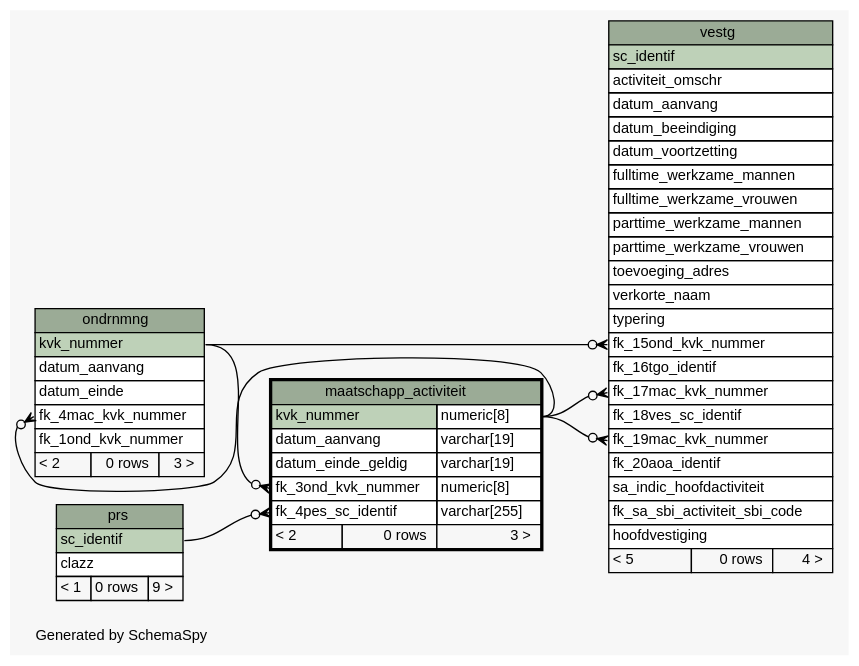
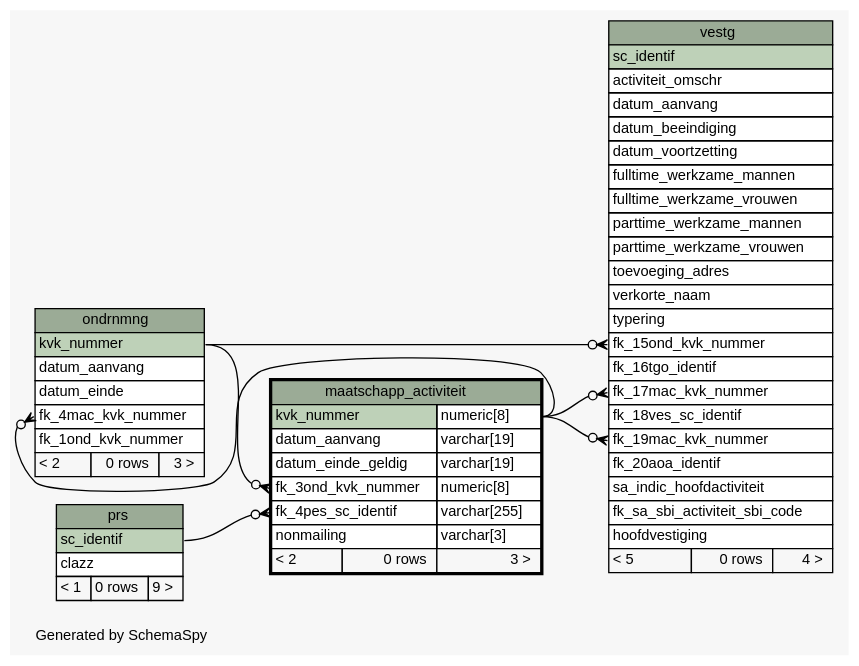
The diagram in datamodel/schemaspy/diagrams/maatschapp_activiteit.1degree.dot (B3Partners/brmo), drawn with Graphviz before and after one commit. The commit also changed 13706 other files, not shown here.

```diff
--- a/datamodel/schemaspy/diagrams/maatschapp_activiteit.1degree.dot
+++ b/datamodel/schemaspy/diagrams/maatschapp_activiteit.1degree.dot
@@ -1,97 +1,98 @@
-// dot 2.43.0 on Linux 5.8.0-44-generic
+// dot 2.43.0 on Linux 5.11.0-27-generic
 // SchemaSpy rev Unknown
 digraph "oneDegreeRelationshipsDiagram" {
   graph [
     rankdir="RL"
     bgcolor="#f7f7f7"
     label="\nGenerated by SchemaSpy"
     labeljust="l"
     nodesep="0.18"
     ranksep="0.46"
     fontname="Helvetica"
     fontsize="11"
   ];
   node [
     fontname="Helvetica"
     fontsize="11"
     shape="plaintext"
   ];
   edge [
     arrowsize="0.8"
   ];
   "maatschapp_activiteit":"fk_3ond_kvk_nummer":w -> "ondrnmng":"kvk_nummer":e [arrowhead=none dir=back arrowtail=crowodot];
   "maatschapp_activiteit":"fk_4pes_sc_identif":w -> "prs":"sc_identif":e [arrowhead=none dir=back arrowtail=crowodot];
   "ondrnmng":"fk_4mac_kvk_nummer":w -> "maatschapp_activiteit":"kvk_nummer.type":e [arrowhead=none dir=back arrowtail=crowodot];
   "vestg":"fk_15ond_kvk_nummer":w -> "ondrnmng":"kvk_nummer":e [arrowhead=none dir=back arrowtail=crowodot];
   "vestg":"fk_17mac_kvk_nummer":w -> "maatschapp_activiteit":"kvk_nummer.type":e [arrowhead=none dir=back arrowtail=crowodot];
   "vestg":"fk_19mac_kvk_nummer":w -> "maatschapp_activiteit":"kvk_nummer.type":e [arrowhead=none dir=back arrowtail=crowodot];
   "maatschapp_activiteit" [
     label=<
     <TABLE BORDER="2" CELLBORDER="1" CELLSPACING="0" BGCOLOR="#ffffff">
       <TR><TD COLSPAN="3" BGCOLOR="#9bab96" ALIGN="CENTER">maatschapp_activiteit</TD></TR>
       <TR><TD PORT="kvk_nummer" COLSPAN="2" BGCOLOR="#bed1b8" ALIGN="LEFT">kvk_nummer</TD><TD PORT="kvk_nummer.type" ALIGN="LEFT">numeric[8]</TD></TR>
       <TR><TD PORT="datum_aanvang" COLSPAN="2" ALIGN="LEFT">datum_aanvang</TD><TD PORT="datum_aanvang.type" ALIGN="LEFT">varchar[19]</TD></TR>
       <TR><TD PORT="datum_einde_geldig" COLSPAN="2" ALIGN="LEFT">datum_einde_geldig</TD><TD PORT="datum_einde_geldig.type" ALIGN="LEFT">varchar[19]</TD></TR>
       <TR><TD PORT="fk_3ond_kvk_nummer" COLSPAN="2" ALIGN="LEFT">fk_3ond_kvk_nummer</TD><TD PORT="fk_3ond_kvk_nummer.type" ALIGN="LEFT">numeric[8]</TD></TR>
       <TR><TD PORT="fk_4pes_sc_identif" COLSPAN="2" ALIGN="LEFT">fk_4pes_sc_identif</TD><TD PORT="fk_4pes_sc_identif.type" ALIGN="LEFT">varchar[255]</TD></TR>
+      <TR><TD PORT="nonmailing" COLSPAN="2" ALIGN="LEFT">nonmailing</TD><TD PORT="nonmailing.type" ALIGN="LEFT">varchar[3]</TD></TR>
       <TR><TD ALIGN="LEFT" BGCOLOR="#f7f7f7">&lt; 2</TD><TD ALIGN="RIGHT" BGCOLOR="#f7f7f7">0 rows</TD><TD ALIGN="RIGHT" BGCOLOR="#f7f7f7">3 &gt;</TD></TR>
     </TABLE>>
     URL="maatschapp_activiteit.html"
     tooltip="maatschapp_activiteit"
   ];
   "ondrnmng" [
     label=<
     <TABLE BORDER="0" CELLBORDER="1" CELLSPACING="0" BGCOLOR="#ffffff">
       <TR><TD COLSPAN="3" BGCOLOR="#9bab96" ALIGN="CENTER">ondrnmng</TD></TR>
       <TR><TD PORT="kvk_nummer" COLSPAN="3" BGCOLOR="#bed1b8" ALIGN="LEFT">kvk_nummer</TD></TR>
       <TR><TD PORT="datum_aanvang" COLSPAN="3" ALIGN="LEFT">datum_aanvang</TD></TR>
       <TR><TD PORT="datum_einde" COLSPAN="3" ALIGN="LEFT">datum_einde</TD></TR>
       <TR><TD PORT="fk_4mac_kvk_nummer" COLSPAN="3" ALIGN="LEFT">fk_4mac_kvk_nummer</TD></TR>
       <TR><TD PORT="fk_1ond_kvk_nummer" COLSPAN="3" ALIGN="LEFT">fk_1ond_kvk_nummer</TD></TR>
       <TR><TD ALIGN="LEFT" BGCOLOR="#f7f7f7">&lt; 2</TD><TD ALIGN="RIGHT" BGCOLOR="#f7f7f7">0 rows</TD><TD ALIGN="RIGHT" BGCOLOR="#f7f7f7">3 &gt;</TD></TR>
     </TABLE>>
     URL="ondrnmng.html"
     tooltip="ondrnmng"
   ];
   "prs" [
     label=<
     <TABLE BORDER="0" CELLBORDER="1" CELLSPACING="0" BGCOLOR="#ffffff">
       <TR><TD COLSPAN="3" BGCOLOR="#9bab96" ALIGN="CENTER">prs</TD></TR>
       <TR><TD PORT="sc_identif" COLSPAN="3" BGCOLOR="#bed1b8" ALIGN="LEFT">sc_identif</TD></TR>
       <TR><TD PORT="clazz" COLSPAN="3" ALIGN="LEFT">clazz</TD></TR>
       <TR><TD ALIGN="LEFT" BGCOLOR="#f7f7f7">&lt; 1</TD><TD ALIGN="RIGHT" BGCOLOR="#f7f7f7">0 rows</TD><TD ALIGN="RIGHT" BGCOLOR="#f7f7f7">9 &gt;</TD></TR>
     </TABLE>>
     URL="prs.html"
     tooltip="prs"
   ];
   "vestg" [
     label=<
     <TABLE BORDER="0" CELLBORDER="1" CELLSPACING="0" BGCOLOR="#ffffff">
       <TR><TD COLSPAN="3" BGCOLOR="#9bab96" ALIGN="CENTER">vestg</TD></TR>
       <TR><TD PORT="sc_identif" COLSPAN="3" BGCOLOR="#bed1b8" ALIGN="LEFT">sc_identif</TD></TR>
       <TR><TD PORT="activiteit_omschr" COLSPAN="3" ALIGN="LEFT">activiteit_omschr</TD></TR>
       <TR><TD PORT="datum_aanvang" COLSPAN="3" ALIGN="LEFT">datum_aanvang</TD></TR>
       <TR><TD PORT="datum_beeindiging" COLSPAN="3" ALIGN="LEFT">datum_beeindiging</TD></TR>
       <TR><TD PORT="datum_voortzetting" COLSPAN="3" ALIGN="LEFT">datum_voortzetting</TD></TR>
       <TR><TD PORT="fulltime_werkzame_mannen" COLSPAN="3" ALIGN="LEFT">fulltime_werkzame_mannen</TD></TR>
       <TR><TD PORT="fulltime_werkzame_vrouwen" COLSPAN="3" ALIGN="LEFT">fulltime_werkzame_vrouwen</TD></TR>
       <TR><TD PORT="parttime_werkzame_mannen" COLSPAN="3" ALIGN="LEFT">parttime_werkzame_mannen</TD></TR>
       <TR><TD PORT="parttime_werkzame_vrouwen" COLSPAN="3" ALIGN="LEFT">parttime_werkzame_vrouwen</TD></TR>
       <TR><TD PORT="toevoeging_adres" COLSPAN="3" ALIGN="LEFT">toevoeging_adres</TD></TR>
       <TR><TD PORT="verkorte_naam" COLSPAN="3" ALIGN="LEFT">verkorte_naam</TD></TR>
       <TR><TD PORT="typering" COLSPAN="3" ALIGN="LEFT">typering</TD></TR>
       <TR><TD PORT="fk_15ond_kvk_nummer" COLSPAN="3" ALIGN="LEFT">fk_15ond_kvk_nummer</TD></TR>
       <TR><TD PORT="fk_16tgo_identif" COLSPAN="3" ALIGN="LEFT">fk_16tgo_identif</TD></TR>
       <TR><TD PORT="fk_17mac_kvk_nummer" COLSPAN="3" ALIGN="LEFT">fk_17mac_kvk_nummer</TD></TR>
       <TR><TD PORT="fk_18ves_sc_identif" COLSPAN="3" ALIGN="LEFT">fk_18ves_sc_identif</TD></TR>
       <TR><TD PORT="fk_19mac_kvk_nummer" COLSPAN="3" ALIGN="LEFT">fk_19mac_kvk_nummer</TD></TR>
       <TR><TD PORT="fk_20aoa_identif" COLSPAN="3" ALIGN="LEFT">fk_20aoa_identif</TD></TR>
       <TR><TD PORT="sa_indic_hoofdactiviteit" COLSPAN="3" ALIGN="LEFT">sa_indic_hoofdactiviteit</TD></TR>
       <TR><TD PORT="fk_sa_sbi_activiteit_sbi_code" COLSPAN="3" ALIGN="LEFT">fk_sa_sbi_activiteit_sbi_code</TD></TR>
       <TR><TD PORT="hoofdvestiging" COLSPAN="3" ALIGN="LEFT">hoofdvestiging</TD></TR>
       <TR><TD ALIGN="LEFT" BGCOLOR="#f7f7f7">&lt; 5</TD><TD ALIGN="RIGHT" BGCOLOR="#f7f7f7">0 rows</TD><TD ALIGN="RIGHT" BGCOLOR="#f7f7f7">4 &gt;</TD></TR>
     </TABLE>>
     URL="vestg.html"
     tooltip="vestg"
   ];
 }
```
